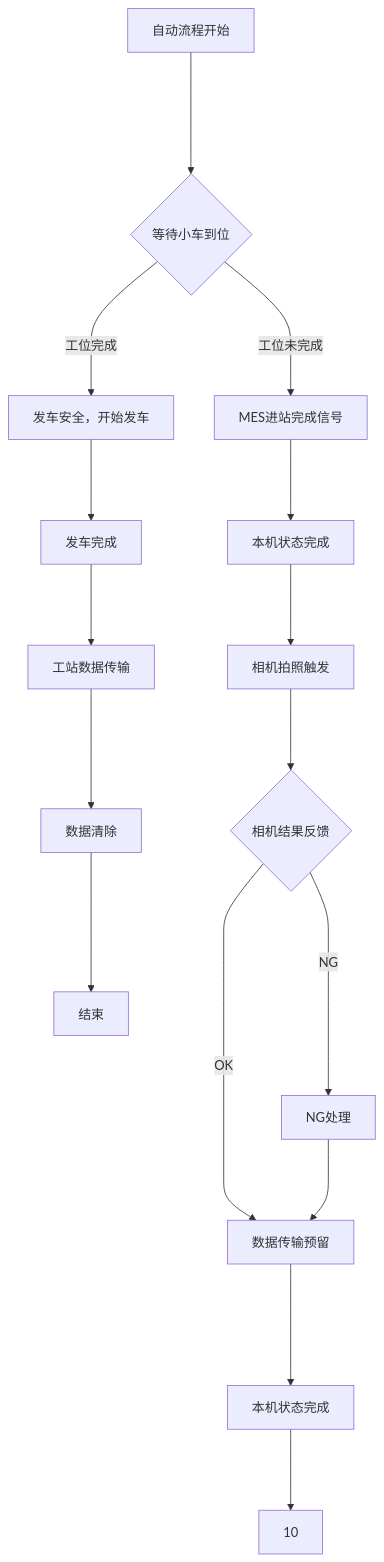
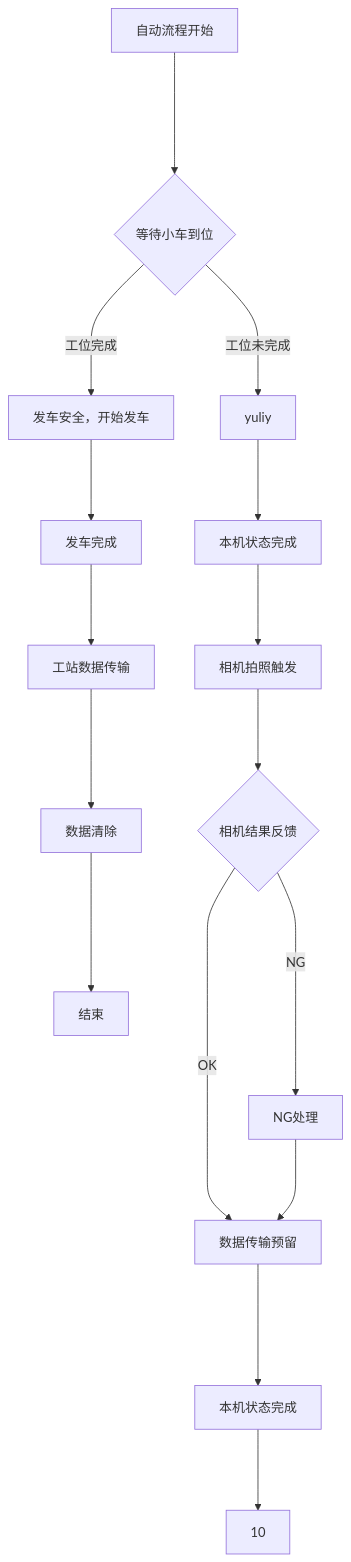
Before and after one commit to zmq000/iodraw-files: the diagram in all/OP80缓存.md, drawn with Mermaid.

Commit message:
2026-06-17 19:12:24 update

````diff
--- a/all/OP80缓存.md
+++ b/all/OP80缓存.md
@@ -1,19 +1,19 @@
 ```mermaid
 graph TD
 自动流程开始---->40
 40{等待小车到位}--->|工位未完成|100
 40--->|工位完成|200
-100[MES进站完成信号]--->180
+100[yuliy]--->180
 180[本机状态完成]--->120
 120[相机拍照触发]--->130
 130{相机结果反馈}--->|OK|150
 130---->|NG|140
 140[NG处理]--->150
 150[数据传输预留]---->160
 160[本机状态完成]--->10
 200[发车安全，开始发车]--->210
 210[发车完成]--->220
 220[工站数据传输]--->230
 230[数据清除]--->240
 240[结束]
 ```
````
